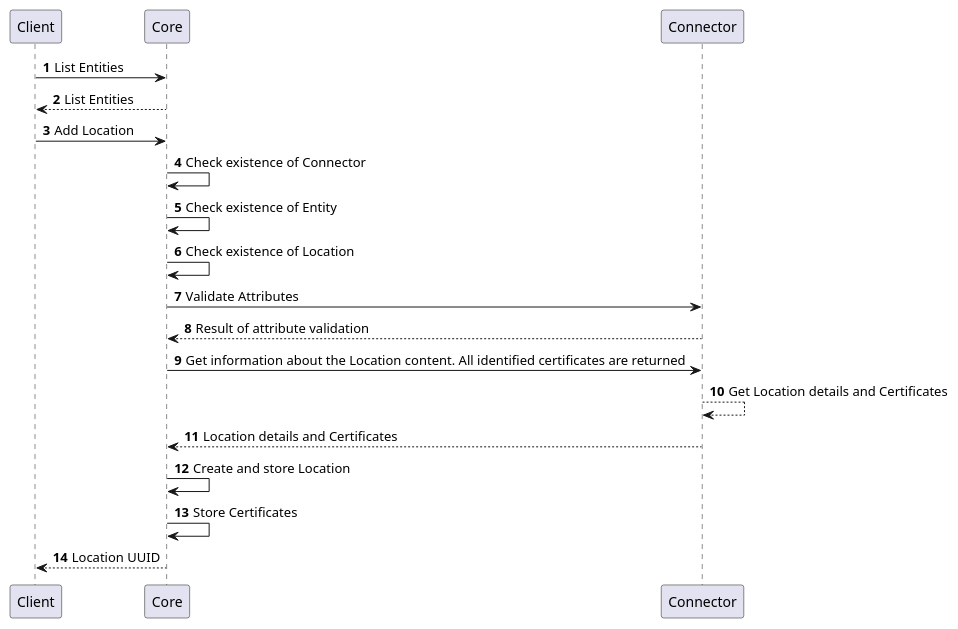
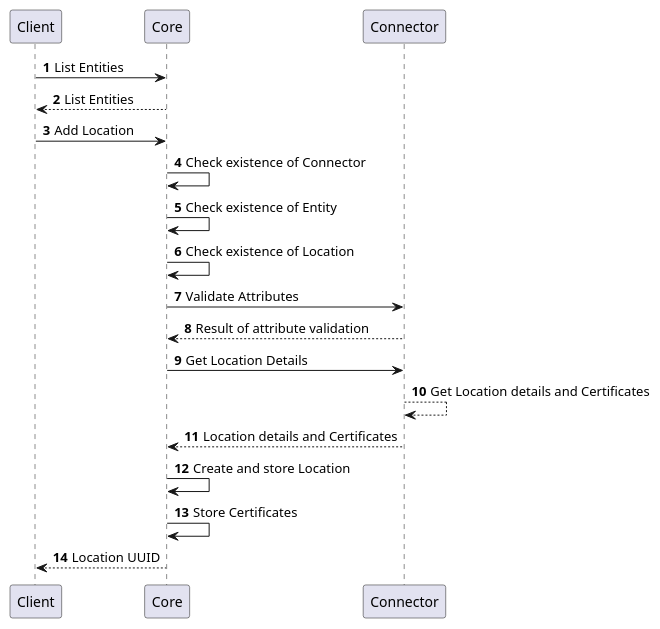
The fifth of 13 diagrams in docs/12-connectors/05-description/32-entity-provider.md (CZERTAINLY/CZERTAINLY-Documentation), drawn with PlantUML before and after one commit. The commit also changed other lines of this file, not shown here.

````diff
--- a/docs/12-connectors/05-description/32-entity-provider.md
+++ b/docs/12-connectors/05-description/32-entity-provider.md
@@ -100,20 +100,20 @@
 ```plantuml
     @startuml
     autonumber
     skinparam topurl https://docs.czertainly.com/api/
         Client -> Core: List Entities
         Core --> Client: List Entities
         Client -> Core [[core-location/#tag/Location-Management-API/operation/addLocation]]: Add Location
         Core->Core: Check existence of Connector
         Core -> Core: Check existence of Entity
         Core -> Core: Check existence of Location
         Core -> Connector [[connector-entity-provider/#tag/Entity-Management-API/operation/validateLocationAttributes]]: Validate Attributes
         Connector --> Core: Result of attribute validation
-        Core -> Connector [[connector-entity-provider/#tag/Location-Operations-API/operation/getLocationDetail]]: Get information about the Location content. All identified certificates are returned
+        Core -> Connector [[connector-entity-provider/#tag/Location-Operations-API/operation/getLocationDetail]]: Get Location Details
         Connector --> Connector: Get Location details and Certificates
         Connector --> Core: Location details and Certificates
         Core -> Core: Create and store Location
         Core -> Core: Store Certificates
         Core --> Client: Location UUID
     @enduml
 ```
````
